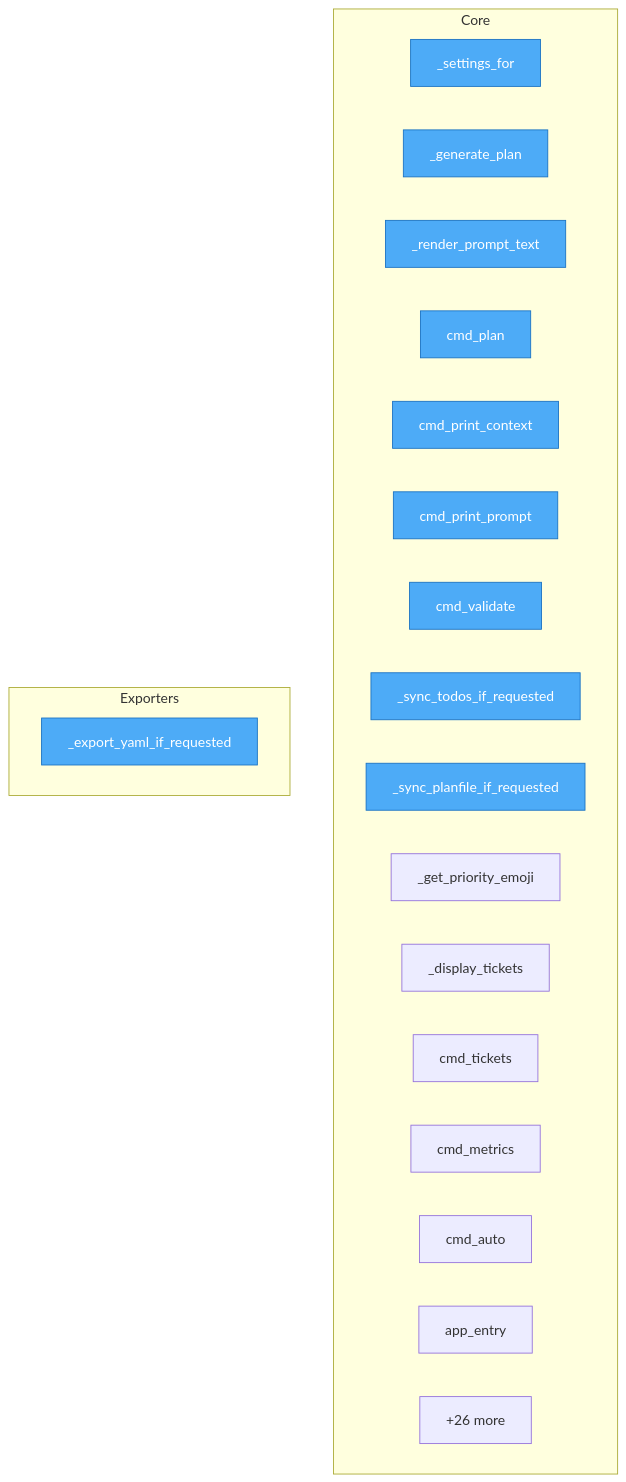
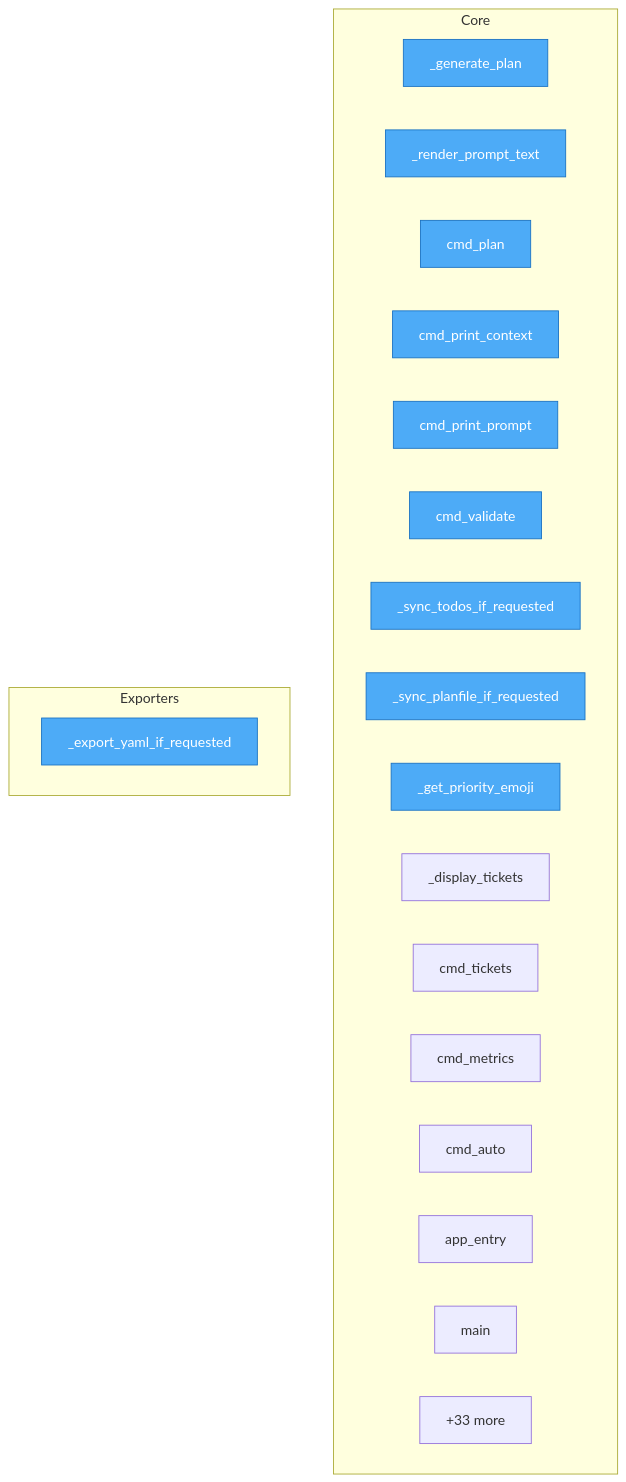
The diagram in project/flow.mmd (semcod/nxdo), drawn with Mermaid before and after one commit. The commit also changed 18 other files, not shown here.

```diff
--- a/project/flow.mmd
+++ b/project/flow.mmd
@@ -1,30 +1,30 @@
 flowchart TD
-%% generated in 0.00s
+%% generated in 0.01s
 
     %% Entry points (blue)
     classDef entry fill:#4dabf7,stroke:#1971c2,color:#fff
 
     subgraph Core
-        src__nxdo__cli___settings_for["_settings_for"]
         src__nxdo__cli___generate_plan["_generate_plan"]
         src__nxdo__cli___render_prompt_text["_render_prompt_text"]
         src__nxdo__cli__cmd_plan["cmd_plan"]
         src__nxdo__cli__cmd_print_context["cmd_print_context"]
         src__nxdo__cli__cmd_print_prompt["cmd_print_prompt"]
         src__nxdo__cli__cmd_validate["cmd_validate"]
         src__nxdo__cli___sync_todos_if_requested["_sync_todos_if_requested"]
         src__nxdo__cli___sync_planfile_if_requested["_sync_planfile_if_requested"]
         src__nxdo__cli___get_priority_emoji["_get_priority_emoji"]
         src__nxdo__cli___display_tickets["_display_tickets"]
         src__nxdo__cli__cmd_tickets["cmd_tickets"]
         src__nxdo__cli__cmd_metrics["cmd_metrics"]
         src__nxdo__cli__cmd_auto["cmd_auto"]
         src__nxdo__cli__app_entry["app_entry"]
-        ...["+26 more"]
+        src__nxdo__cli__main["main"]
+        ...["+33 more"]
     end
 
     subgraph Exporters
         src__nxdo__cli___export_yaml_if_requested["_export_yaml_if_requested"]
     end
 
-    class src__nxdo__cli___settings_for,src__nxdo__cli___generate_plan,src__nxdo__cli___render_prompt_text,src__nxdo__cli__cmd_plan,src__nxdo__cli__cmd_print_context,src__nxdo__cli__cmd_print_prompt,src__nxdo__cli__cmd_validate,src__nxdo__cli___sync_todos_if_requested,src__nxdo__cli___sync_planfile_if_requested,src__nxdo__cli___export_yaml_if_requested entry
+    class src__nxdo__cli___generate_plan,src__nxdo__cli___render_prompt_text,src__nxdo__cli__cmd_plan,src__nxdo__cli__cmd_print_context,src__nxdo__cli__cmd_print_prompt,src__nxdo__cli__cmd_validate,src__nxdo__cli___sync_todos_if_requested,src__nxdo__cli___sync_planfile_if_requested,src__nxdo__cli___export_yaml_if_requested,src__nxdo__cli___get_priority_emoji entry
```
